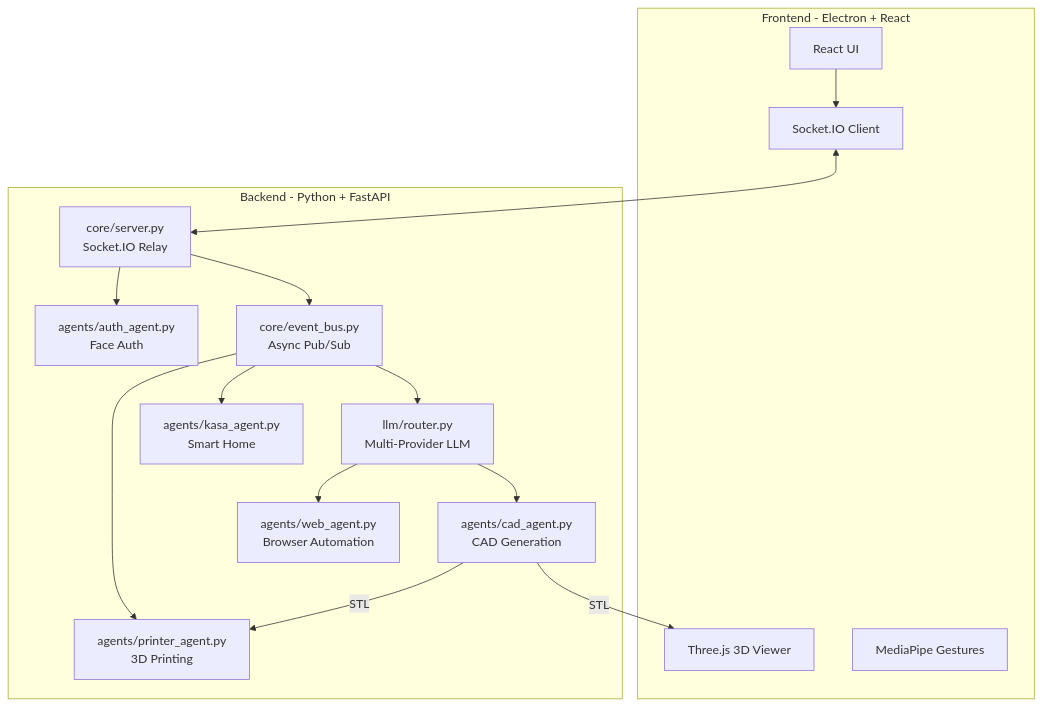
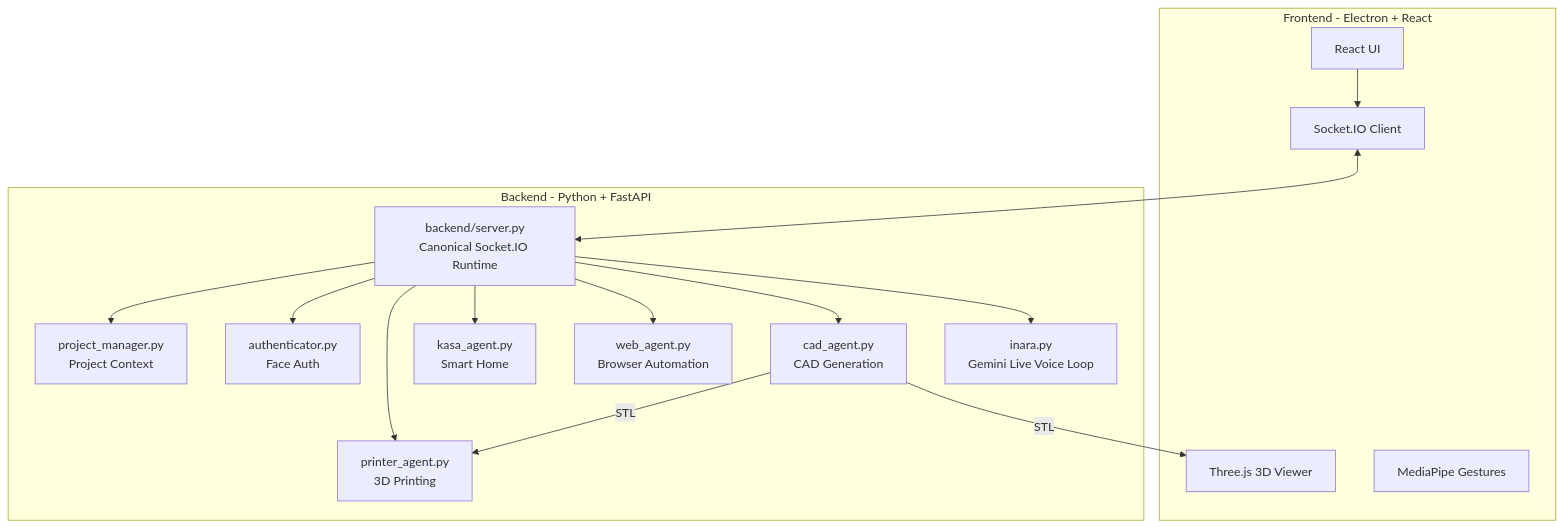
One commit to Herorif/INARA changed the diagram in README.md. Above: the diagram before and after it, drawn with Mermaid. The commit also changed other lines of this file and 4 other files, not shown here.

Commit message:
refactor: make backend/server.py the only supported runtime

````diff
--- a/README.md
+++ b/README.md
@@ -59,32 +67,32 @@
 ```mermaid
 graph TB
     subgraph Frontend ["Frontend - Electron + React"]
         UI[React UI]
         THREE[Three.js 3D Viewer]
         GESTURE[MediaPipe Gestures]
         SOCKET_C[Socket.IO Client]
     end
 
     subgraph Backend ["Backend - Python + FastAPI"]
-        SERVER[core/server.py<br/>Socket.IO Relay]
-        BUS[core/event_bus.py<br/>Async Pub/Sub]
-        LLM[llm/router.py<br/>Multi-Provider LLM]
-        CAD[agents/cad_agent.py<br/>CAD Generation]
-        WEB[agents/web_agent.py<br/>Browser Automation]
-        PRINTER[agents/printer_agent.py<br/>3D Printing]
-        KASA[agents/kasa_agent.py<br/>Smart Home]
-        AUTH[agents/auth_agent.py<br/>Face Auth]
+        SERVER[backend/server.py<br/>Canonical Socket.IO Runtime]
+        LIVE[inara.py<br/>Gemini Live Voice Loop]
+        CAD[cad_agent.py<br/>CAD Generation]
+        WEB[web_agent.py<br/>Browser Automation]
+        PRINTER[printer_agent.py<br/>3D Printing]
+        KASA[kasa_agent.py<br/>Smart Home]
+        AUTH[authenticator.py<br/>Face Auth]
+        PROJECT[project_manager.py<br/>Project Context]
     end
 
     UI --> SOCKET_C
     SOCKET_C <--> SERVER
-    SERVER --> BUS
-    BUS --> LLM
-    LLM --> CAD
-    LLM --> WEB
-    BUS --> KASA
-    BUS --> PRINTER
+    SERVER --> LIVE
+    SERVER --> CAD
+    SERVER --> WEB
+    SERVER --> KASA
+    SERVER --> PRINTER
     SERVER --> AUTH
+    SERVER --> PROJECT
     CAD -->|STL| THREE
     CAD -->|STL| PRINTER
 ```
````
